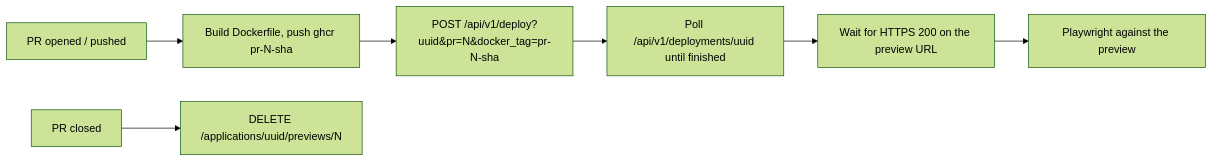
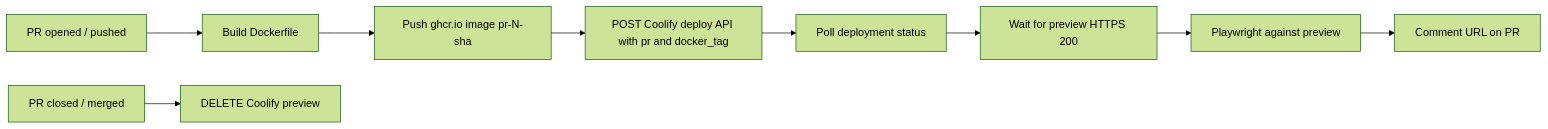
Before and after one commit to Thomasevano/musickeeper: the diagram in docs/pr-previews.md, drawn with Mermaid (forest theme). The commit also changed other lines of this file, not shown here.

Commit message:
docs(pr-previews): expand setup, reproduction and troubleshooting record

````diff
--- a/docs/pr-previews.md
+++ b/docs/pr-previews.md
@@ -12,9 +28,11 @@
 ```mermaid
 graph LR
-  A[PR opened / pushed] --> B[Build Dockerfile, push ghcr pr-N-sha]
-  B --> C[POST /api/v1/deploy?uuid&pr=N&docker_tag=pr-N-sha]
-  C --> D[Poll /api/v1/deployments/uuid until finished]
-  D --> E[Wait for HTTPS 200 on the preview URL]
-  E --> F[Playwright against the preview]
-  G[PR closed] --> H[DELETE /applications/uuid/previews/N]
+  A[PR opened / pushed] --> B[Build Dockerfile]
+  B --> C[Push ghcr.io image pr-N-sha]
+  C --> D[POST Coolify deploy API with pr and docker_tag]
+  D --> E[Poll deployment status]
+  E --> F[Wait for preview HTTPS 200]
+  F --> G[Playwright against preview]
+  G --> H[Comment URL on PR]
+  I[PR closed / merged] --> J[DELETE Coolify preview]
 ```
````
